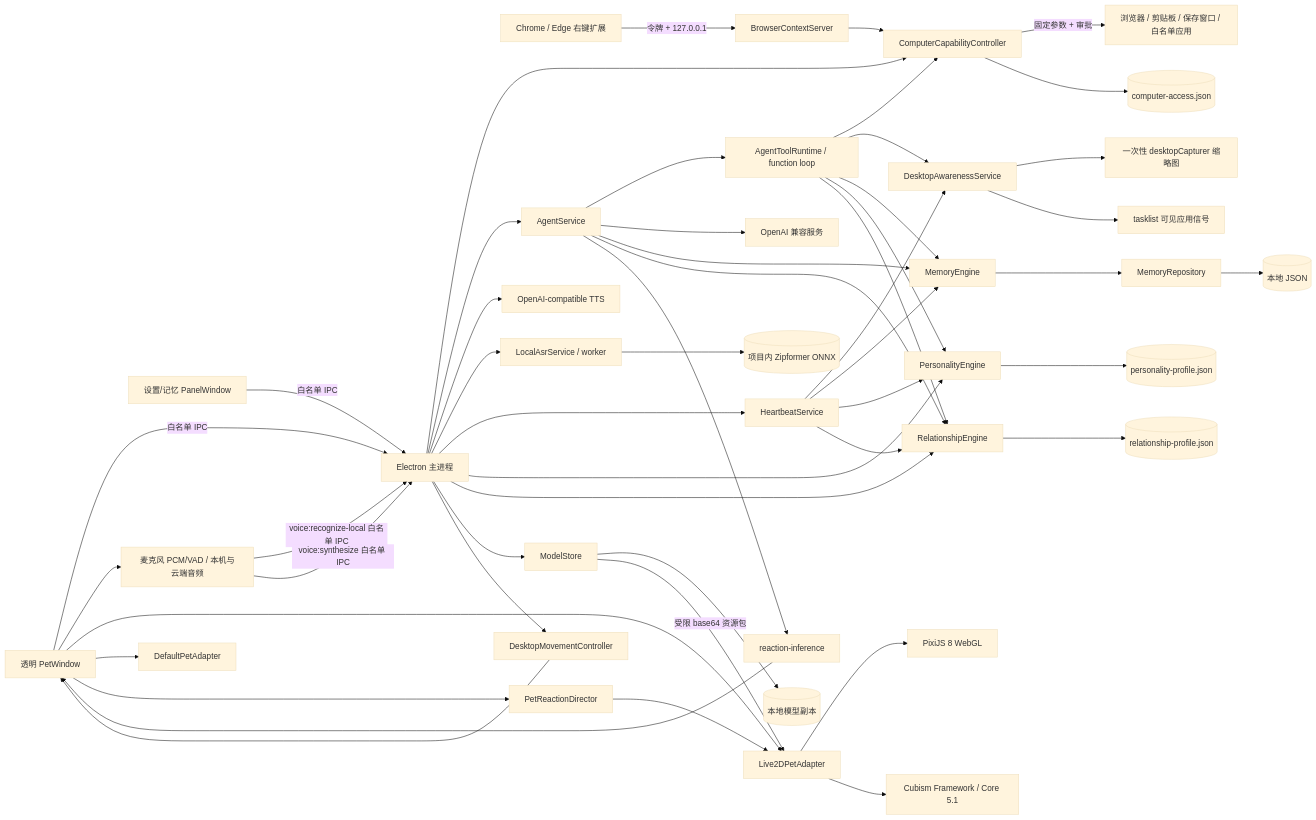
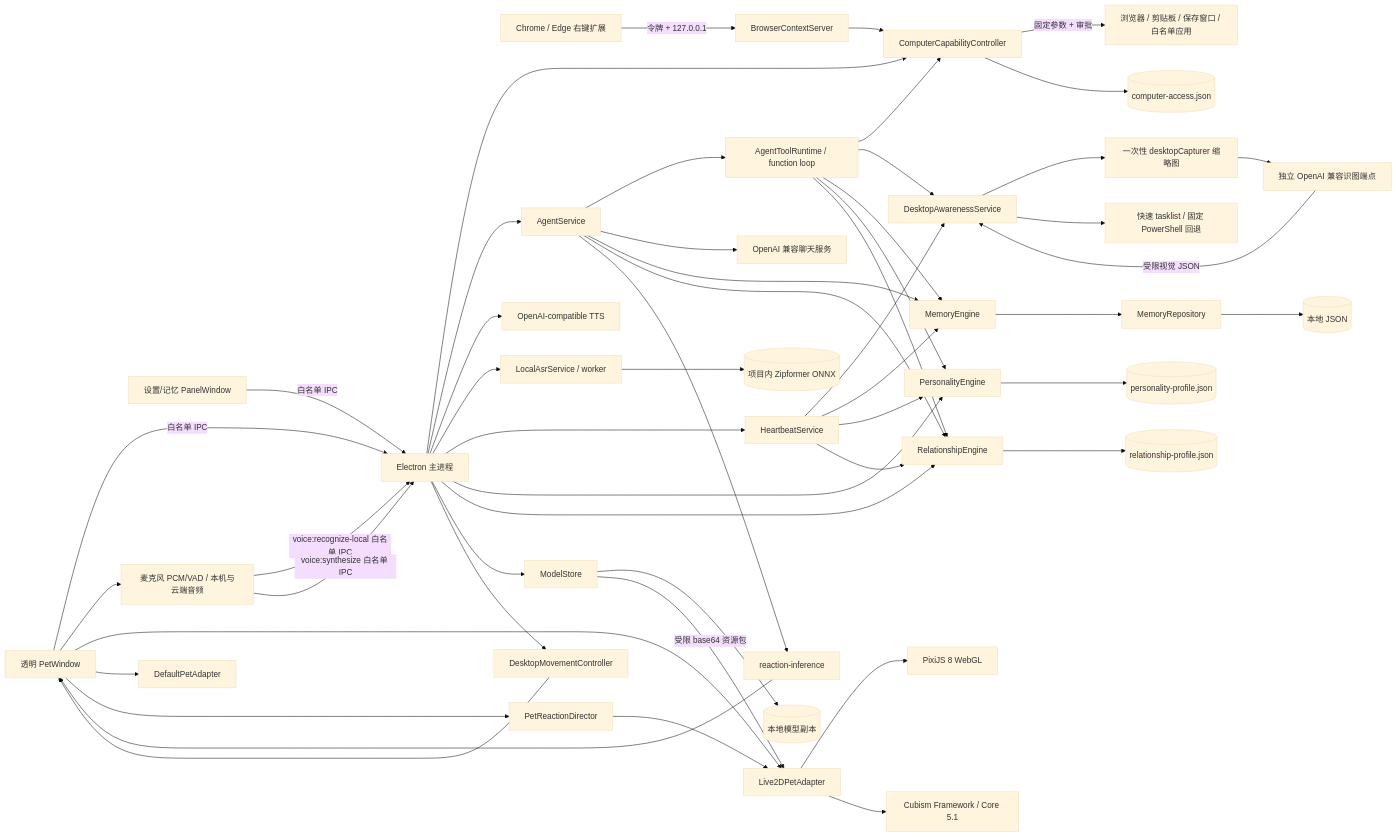
Before and after one commit to MonsterN58/memory-pet-agent: the first of 6 diagrams in docs/ARCHITECTURE.md, drawn with Mermaid (base theme). The commit also changed other lines of this file and 27 other files, not shown here.

````diff
--- a/docs/ARCHITECTURE.md
+++ b/docs/ARCHITECTURE.md
@@ -5,52 +5,54 @@
 ```mermaid
 flowchart LR
   UI[透明 PetWindow] -->|白名单 IPC| Main[Electron 主进程]
   Panel[设置/记忆 PanelWindow] -->|白名单 IPC| Main
   Extension[Chrome / Edge 右键扩展] -->|令牌 + 127.0.0.1| BrowserBridge[BrowserContextServer]
   BrowserBridge --> Capability[ComputerCapabilityController]
   Main --> Capability
   Capability -->|固定参数 + 审批| DesktopTools[浏览器 / 剪贴板 / 保存窗口 / 白名单应用]
   Capability --> Audit[(computer-access.json)]
   Main --> Agent[AgentService]
   Agent --> ToolLoop[AgentToolRuntime / function loop]
   ToolLoop --> Capability
   ToolLoop --> Awareness
   ToolLoop --> Memory
   ToolLoop --> Personality
   ToolLoop --> Relationship
   Main --> TTS[OpenAI-compatible TTS]
   Main --> ASR[LocalAsrService / worker]
   ASR --> ASRModel[(项目内 Zipformer ONNX)]
   Main --> Heartbeat[HeartbeatService]
   Heartbeat --> Awareness[DesktopAwarenessService]
   Awareness --> Screen[一次性 desktopCapturer 缩略图]
-  Awareness --> Processes[tasklist 可见应用信号]
-  Agent --> Provider[OpenAI 兼容服务]
+  Screen --> Vision[独立 OpenAI 兼容识图端点]
+  Vision -->|受限视觉 JSON| Awareness
+  Awareness --> Processes[快速 tasklist / 固定 PowerShell 回退]
+  Agent --> Provider[OpenAI 兼容聊天服务]
   Agent --> Memory[MemoryEngine]
   Heartbeat --> Memory
   Main --> Personality[PersonalityEngine]
   Heartbeat --> Personality
   Personality --> PersonalityStore[(personality-profile.json)]
   Main --> Relationship[RelationshipEngine]
   Agent --> Relationship
   Heartbeat --> Relationship
   Relationship --> RelationshipStore[(relationship-profile.json)]
   Memory --> Repo[MemoryRepository]
   Repo --> Disk[(本地 JSON)]
   Main --> ModelStore[ModelStore]
   ModelStore --> ModelDisk[(本地模型副本)]
   ModelStore -->|受限 base64 资源包| Live2DModel[Live2DPetAdapter]
   Live2DModel --> Pixi[PixiJS 8 WebGL]
   Live2DModel --> Cubism[Cubism Framework / Core 5.1]
   UI --> Voice[麦克风 PCM/VAD / 本机与云端音频]
   Voice -->|voice:recognize-local 白名单 IPC| Main
   Voice -->|voice:synthesize 白名单 IPC| Main
   UI --> Live2DModel
   UI --> Fallback[DefaultPetAdapter]
   Main --> Move[DesktopMovementController]
   Move --> UI
   Agent --> Reaction[reaction-inference]
   Reaction --> UI
   UI --> Director[PetReactionDirector]
   Director --> Live2DModel
 ```
````
